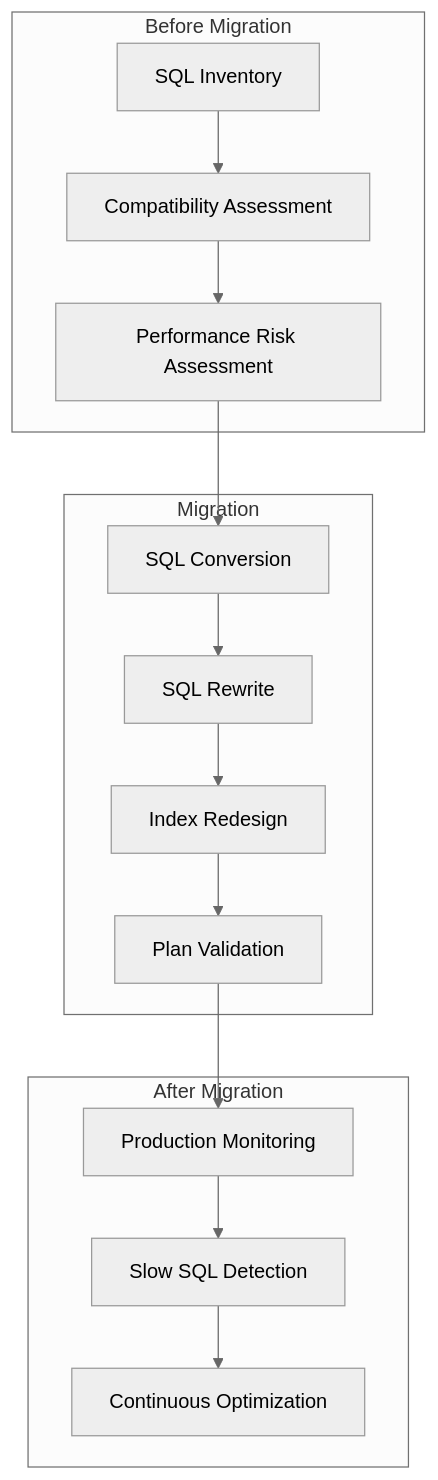
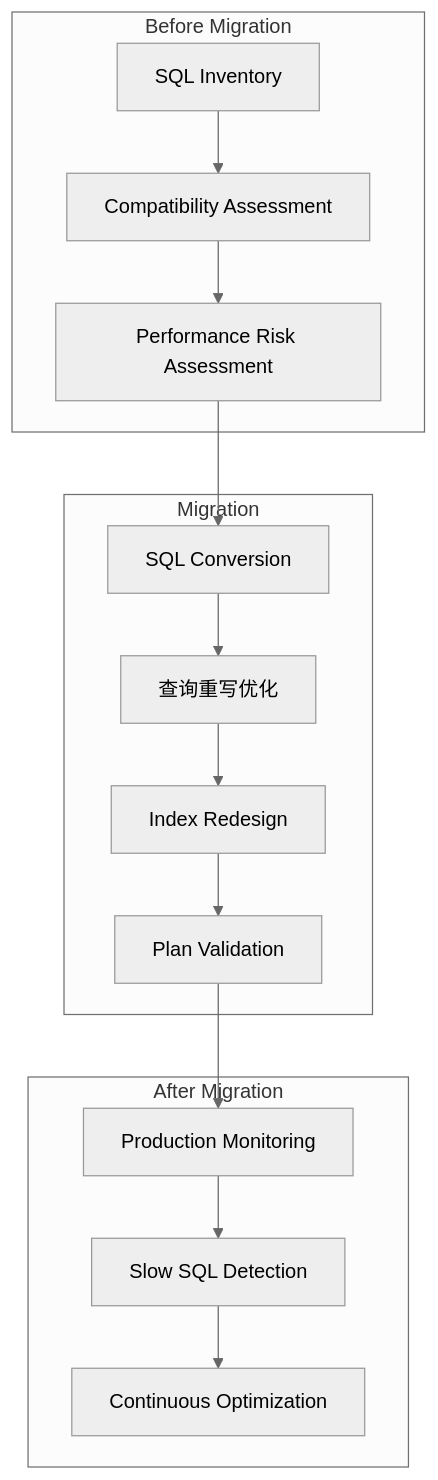
One commit to PawSQL/pawsql-docs-mantlify changed diagram 16 of 18 in docs/use-cases/database-migration-sql-governance.mdx. Above: the diagram before and after it, drawn with Mermaid (neutral theme). The commit also changed other lines of this file and 143 other files, not shown here.

````diff
--- a/docs/use-cases/database-migration-sql-governance.mdx
+++ b/docs/use-cases/database-migration-sql-governance.mdx
@@ -1219,14 +1219,14 @@
 ```mermaid
 flowchart TD
     subgraph P1["Before Migration"]
         A1[SQL Inventory] --> A2[Compatibility Assessment] --> A3[Performance Risk Assessment]
     end
     subgraph P2["Migration"]
-        B1[SQL Conversion] --> B2[SQL Rewrite] --> B3[Index Redesign] --> B4[Plan Validation]
+        B1[SQL Conversion] --> B2[查询重写优化] --> B3[Index Redesign] --> B4[Plan Validation]
     end
     subgraph P3["After Migration"]
         C1[Production Monitoring] --> C2[Slow SQL Detection] --> C3[Continuous Optimization]
     end
     A3 --> B1
     B4 --> C1
 ```
````
